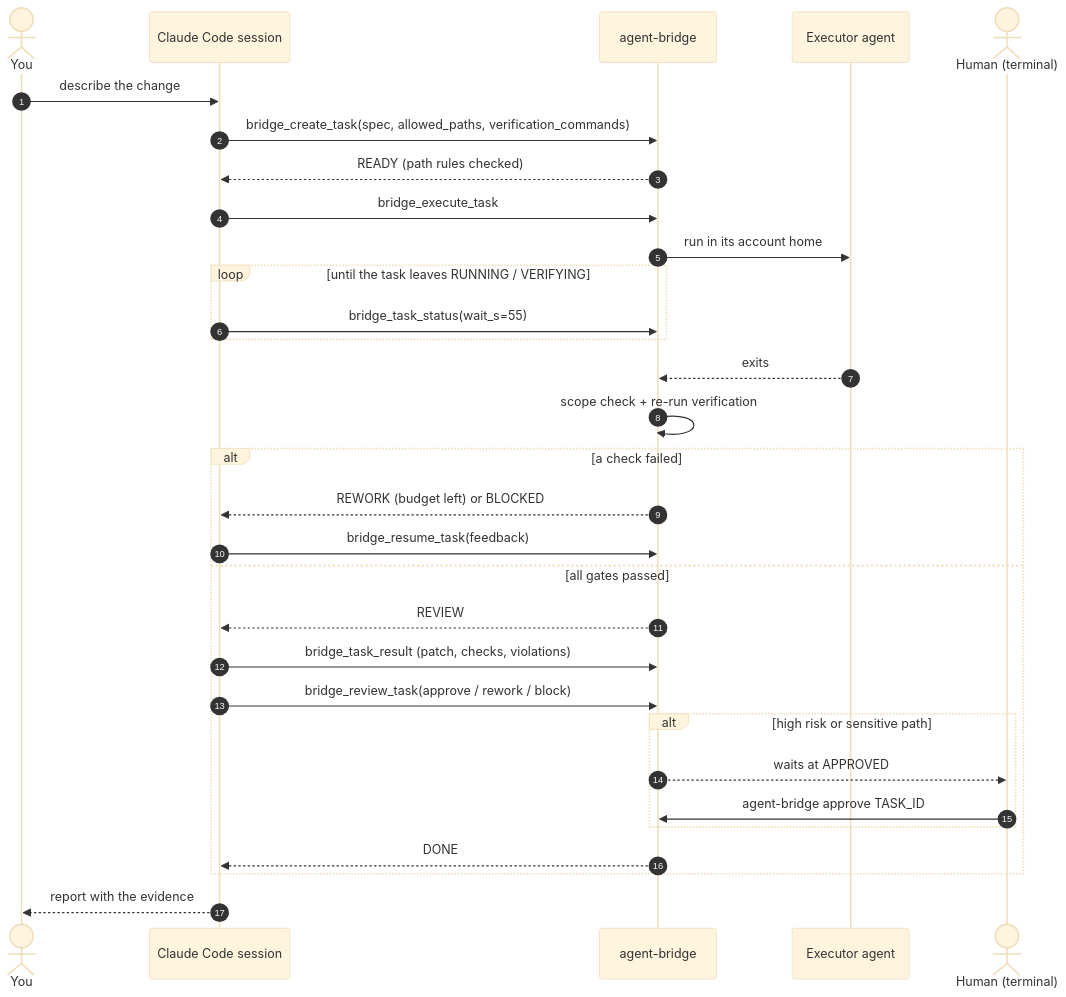
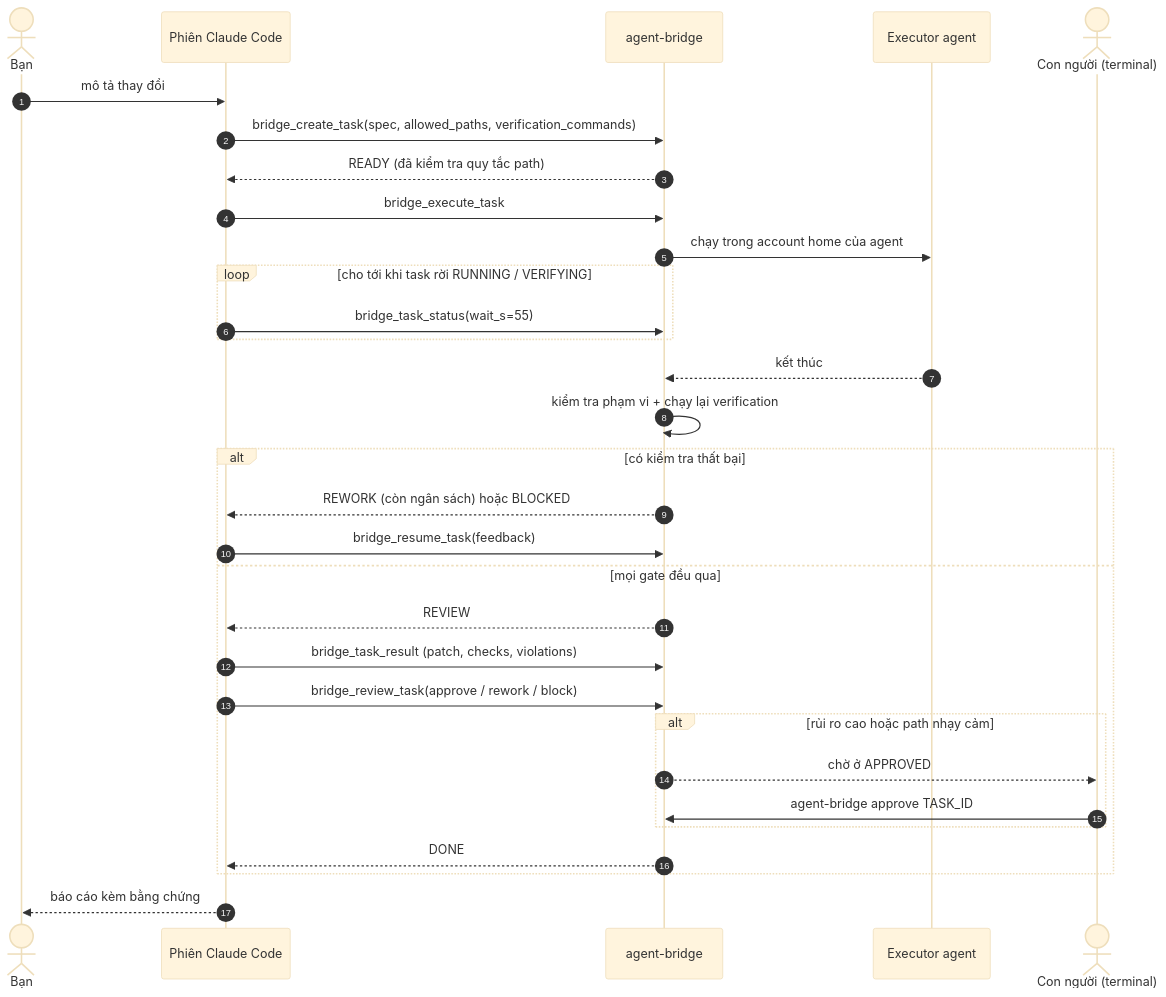
One commit to leetuanbmt/agent-orchestration-kit changed the second of 2 diagrams in README.vi.md. Above: the diagram before and after it, drawn with Mermaid (base theme). The commit also changed other lines of this file and 1 other file, not shown here.

Commit message:
lay out the architecture roles on one row
Mermaid ignores a subgraph's direction once edges leave it, so the roles stacked vertically. Invisible links put them on one rank with the executor in the middle, and only the bridge keeps a border. README.vi also gets Vietnamese messages in the lifecycle diagram.

````diff
--- a/README.vi.md
+++ b/README.vi.md
@@ -264,34 +270,34 @@
 ```mermaid
 sequenceDiagram
     autonumber
-    actor You
-    participant C as Claude Code session
+    actor You as Bạn
+    participant C as Phiên Claude Code
     participant B as agent-bridge
     participant X as Executor agent
-    actor H as Human (terminal)
+    actor H as Con người (terminal)
 
-    You->>C: describe the change
+    You->>C: mô tả thay đổi
     C->>B: bridge_create_task(spec, allowed_paths, verification_commands)
-    B-->>C: READY (path rules checked)
+    B-->>C: READY (đã kiểm tra quy tắc path)
     C->>B: bridge_execute_task
-    B->>X: run in its account home
-    loop until the task leaves RUNNING / VERIFYING
+    B->>X: chạy trong account home của agent
+    loop cho tới khi task rời RUNNING / VERIFYING
         C->>B: bridge_task_status(wait_s=55)
     end
-    X-->>B: exits
-    B->>B: scope check + re-run verification
-    alt a check failed
-        B-->>C: REWORK (budget left) or BLOCKED
+    X-->>B: kết thúc
+    B->>B: kiểm tra phạm vi + chạy lại verification
+    alt có kiểm tra thất bại
+        B-->>C: REWORK (còn ngân sách) hoặc BLOCKED
         C->>B: bridge_resume_task(feedback)
-    else all gates passed
+    else mọi gate đều qua
         B-->>C: REVIEW
         C->>B: bridge_task_result (patch, checks, violations)
         C->>B: bridge_review_task(approve / rework / block)
-        alt high risk or sensitive path
-            B-->>H: waits at APPROVED
+        alt rủi ro cao hoặc path nhạy cảm
+            B-->>H: chờ ở APPROVED
             H->>B: agent-bridge approve TASK_ID
         end
         B-->>C: DONE
     end
-    C-->>You: report with the evidence
+    C-->>You: báo cáo kèm bằng chứng
 ```
````
